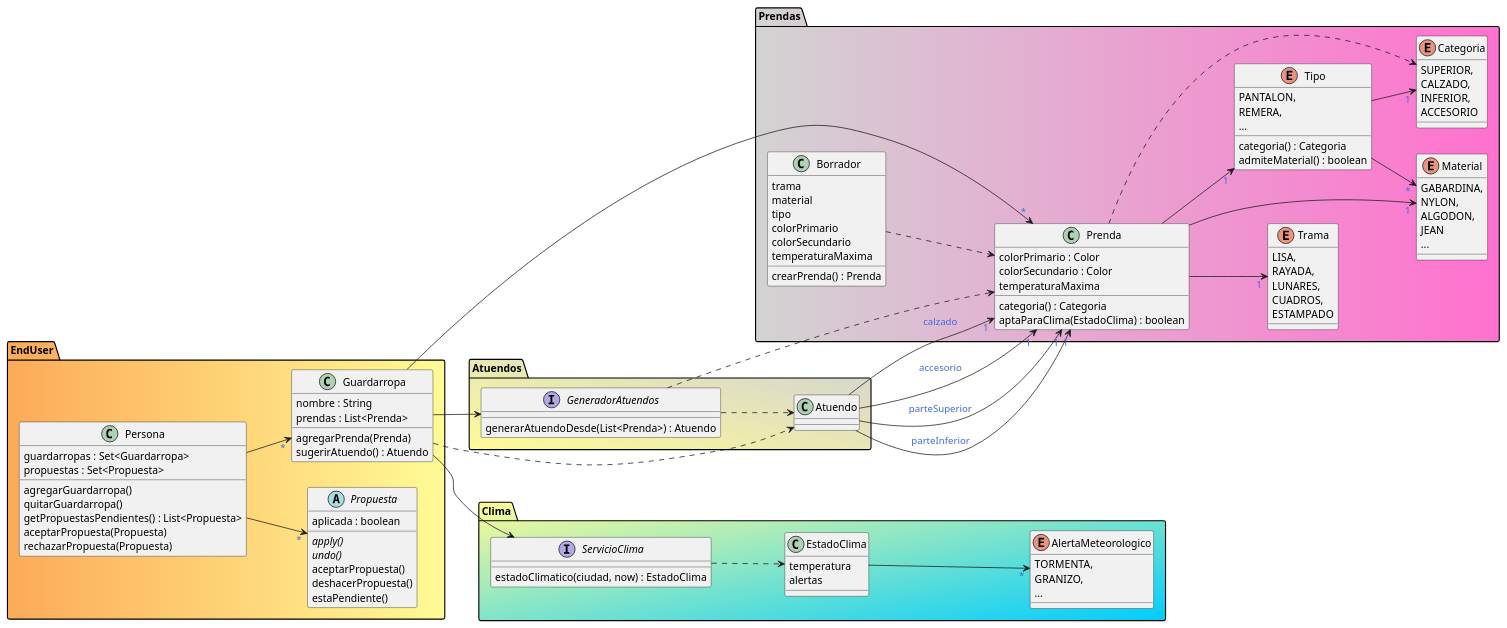
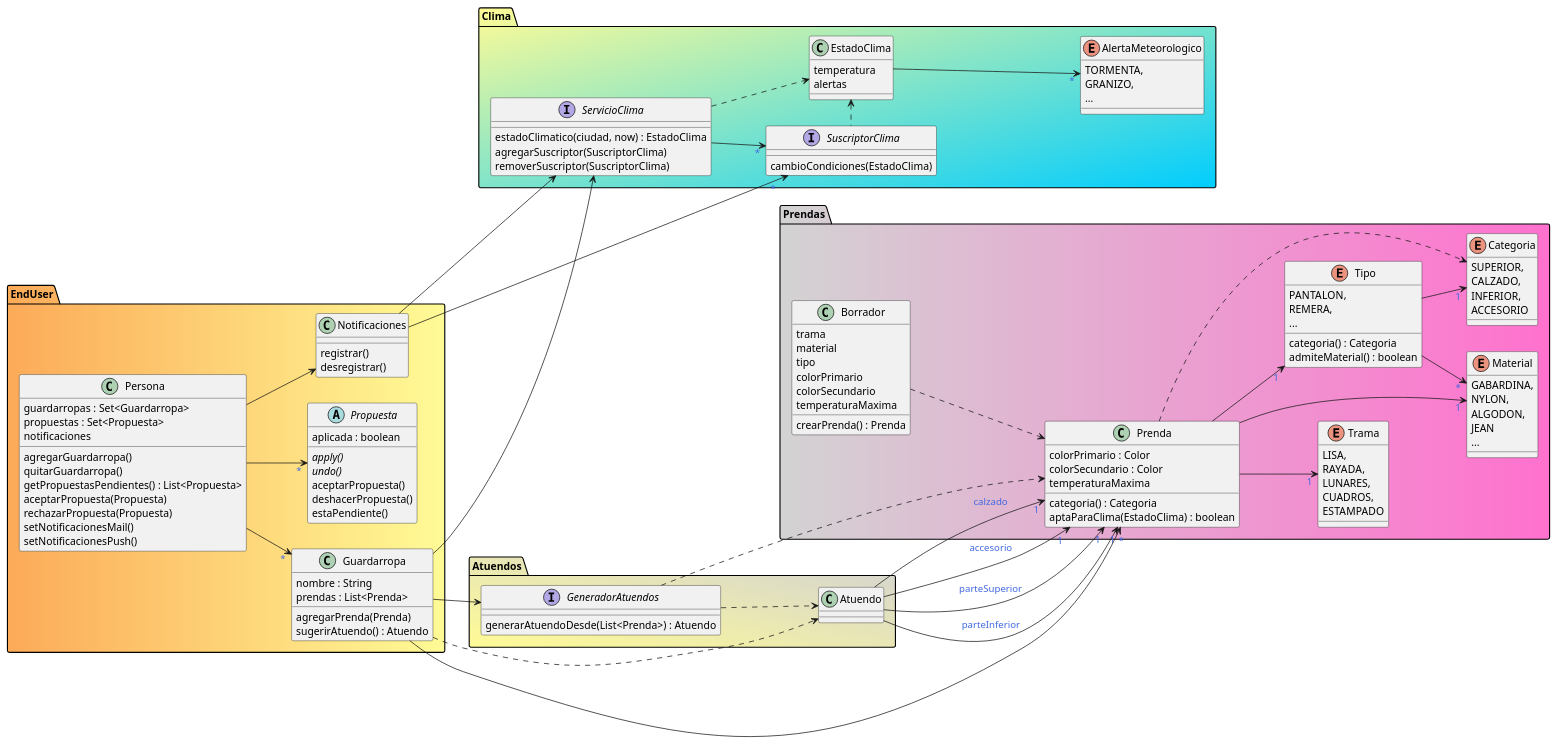
One commit to ariel-/tp-dds-qmp changed the diagram in assets/qmp.puml. Above: the diagram before and after it, drawn with PlantUML.

Commit message:
Agrego notificaciones a la persona, Colección de opciones

```diff
--- a/assets/qmp.puml
+++ b/assets/qmp.puml
@@ -1,147 +1,168 @@
 @startuml
 left to right direction
 skinparam backgroundColor transparent
 skinparam arrowFontColor royalblue
 
 package "Prendas" #lightgray|FF71CE {
     enum Trama {
         LISA,
         RAYADA,
         LUNARES,
         CUADROS,
         ESTAMPADO
     }
 
     enum Material {
         GABARDINA,
         NYLON,
         ALGODON,
         JEAN
         ...
     }
 
     enum Tipo {
         PANTALON,
         REMERA,
         ...
 
         categoria() : Categoria
         admiteMaterial() : boolean
     }
 
     enum Categoria {
         SUPERIOR,
         CALZADO,
         INFERIOR,
         ACCESORIO
     }
 
     class Prenda {
         colorPrimario : Color
         colorSecundario : Color
         temperaturaMaxima
         categoria() : Categoria
         aptaParaClima(EstadoClima) : boolean
     }
 
     class Borrador {
         trama
         material
         tipo
         colorPrimario
         colorSecundario
         temperaturaMaxima
 
         crearPrenda() : Prenda
     }
 
     Prenda --> "1" Material
     Prenda --> "1" Trama
     Prenda --> "1" Tipo
 
     Prenda ..> Categoria
 
     Tipo --> "1" Categoria
     Tipo --> "*" Material
 
     Borrador ..> Prenda
 }
 
 package "Atuendos" #FFFB96\lightgray {
     interface GeneradorAtuendos {
         generarAtuendoDesde(List<Prenda>) : Atuendo
     }
 
     class Atuendo {
     }
 
     Atuendo --> "1" Prenda : parteSuperior
     Atuendo --> "1" Prenda : parteInferior
     Atuendo --> "1" Prenda : calzado
     Atuendo --> "1" Prenda : accesorio
 
     GeneradorAtuendos ..> Prenda
     GeneradorAtuendos ..> Atuendo
 }
 
 package "Clima" #FFFB96/01CDFE {
     enum AlertaMeteorologico {
         TORMENTA,
         GRANIZO,
         ...
     }
 
     class EstadoClima {
         temperatura
         alertas
     }
 
     interface ServicioClima {
         estadoClimatico(ciudad, now) : EstadoClima
+        agregarSuscriptor(SuscriptorClima)
+        removerSuscriptor(SuscriptorClima)
+    }
+
+    interface SuscriptorClima {
+        cambioCondiciones(EstadoClima)
     }
 
     EstadoClima --> "*" AlertaMeteorologico
 
     ServicioClima ..> EstadoClima
+    ServicioClima --> "*" SuscriptorClima
+
+    SuscriptorClima .left.> EstadoClima
 }
 
 package "EndUser" #FCAA58|FFFB96 {
     class Persona {
         guardarropas : Set<Guardarropa>
         propuestas : Set<Propuesta>
+        notificaciones
 
         agregarGuardarropa()
         quitarGuardarropa()
         getPropuestasPendientes() : List<Propuesta>
         aceptarPropuesta(Propuesta)
         rechazarPropuesta(Propuesta)
+        setNotificacionesMail()
+        setNotificacionesPush()
+    }
+
+    class Notificaciones {
+        registrar()
+        desregistrar()
     }
 
     ' Command pattern :)
     abstract class Propuesta {
         aplicada : boolean
 
         {abstract} apply()
         {abstract} undo()
         aceptarPropuesta()
         deshacerPropuesta()
         estaPendiente()
     }
 
     class Guardarropa {
         nombre : String
         prendas : List<Prenda>
 
         agregarPrenda(Prenda)
         sugerirAtuendo() : Atuendo
     }
 
     Guardarropa --> GeneradorAtuendos
     Guardarropa --> ServicioClima
     Guardarropa --> "*" Prenda
     Guardarropa ..> Atuendo
 
+    Persona --> Notificaciones
     Persona --> "*" Propuesta
     Persona --> "*" Guardarropa
+
+    Notificaciones --> ServicioClima
+    Notificaciones --> "*" SuscriptorClima
 }
 @enduml
```
